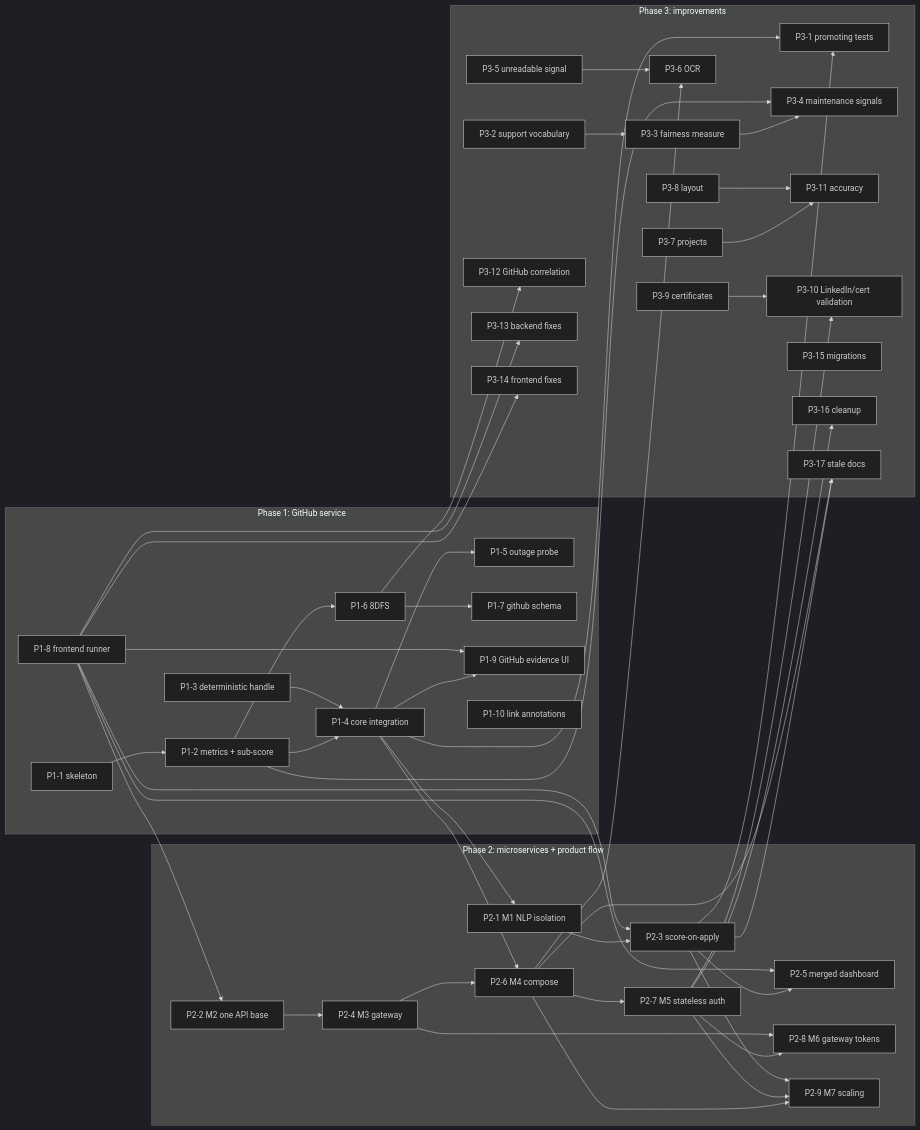
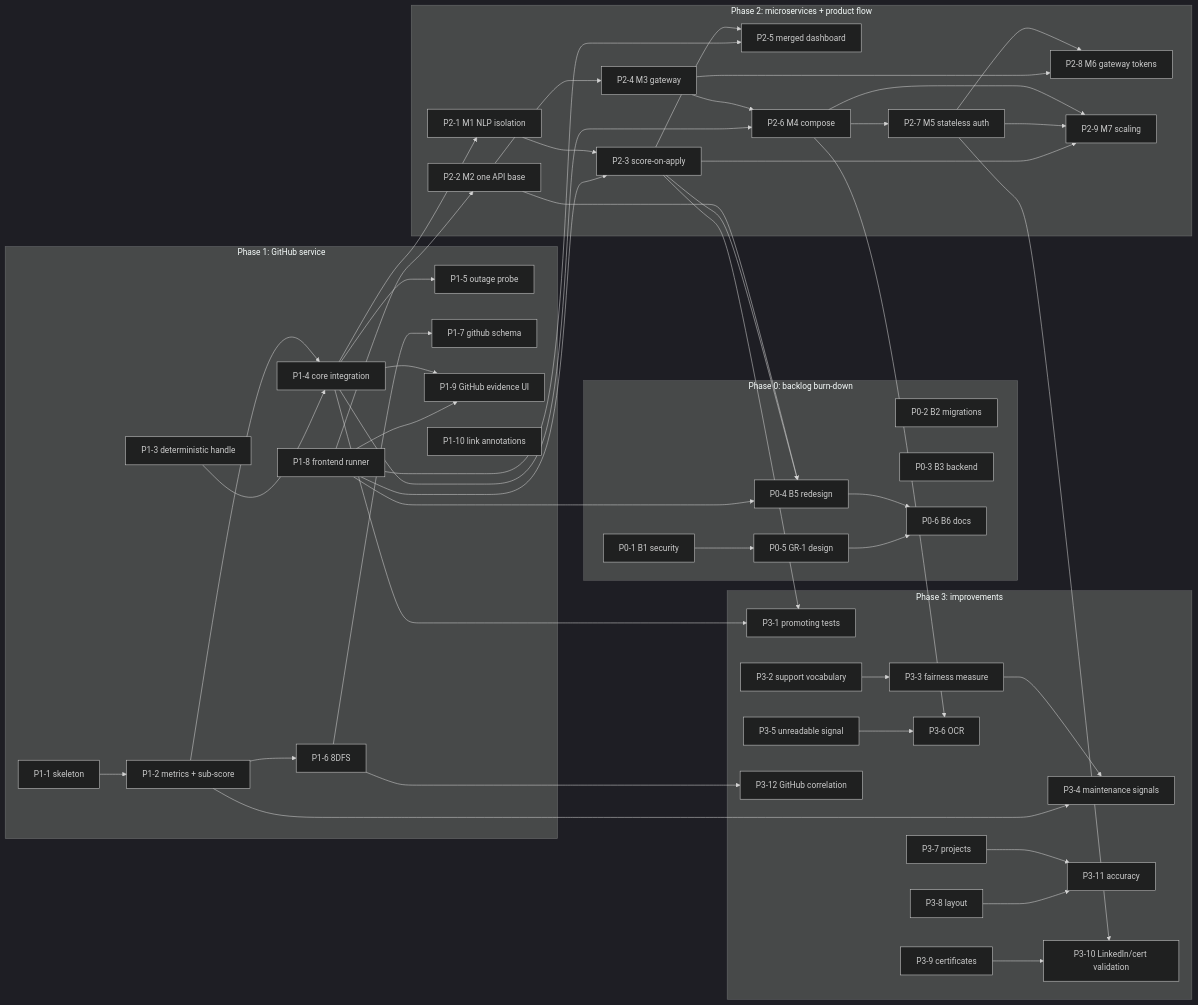
One commit to C72-BTECH-PROJECT/Patina changed the second of 2 diagrams in ROADMAP.md. Above: the diagram before and after it, drawn with Mermaid (dark theme). The commit also changed other lines of this file and 5 other files, not shown here.

First line of the commit message:
Plan Phase 0 backlog and security work

````diff
--- a/ROADMAP.md
+++ b/ROADMAP.md
@@ -386,63 +479,63 @@
 ```mermaid
 flowchart LR
+  subgraph P0 [Phase 0: backlog burn-down]
+    P0_1["P0-1 B1 security"] --> P0_5["P0-5 GR-1 design"]
+    P0_2["P0-2 B2 migrations"]
+    P0_3["P0-3 B3 backend"]
+    P0_4["P0-4 B5 redesign"] --> P0_6["P0-6 B6 docs"]
+    P0_5 --> P0_6
+  end
   subgraph P1 [Phase 1: GitHub service]
     P1_1["P1-1 skeleton"] --> P1_2["P1-2 metrics + sub-score"]
     P1_3["P1-3 deterministic handle"]
     P1_2 --> P1_4["P1-4 core integration"]
     P1_3 --> P1_4
     P1_4 --> P1_5["P1-5 outage probe"]
     P1_2 --> P1_6["P1-6 8DFS"]
     P1_6 --> P1_7["P1-7 github schema"]
     P1_8["P1-8 frontend runner"]
     P1_4 --> P1_9["P1-9 GitHub evidence UI"]
     P1_8 --> P1_9
     P1_10["P1-10 link annotations"]
   end
   subgraph P2 [Phase 2: microservices + product flow]
     P2_1["P2-1 M1 NLP isolation"]
     P2_2["P2-2 M2 one API base"]
     P2_3["P2-3 score-on-apply"]
     P2_4["P2-4 M3 gateway"]
     P2_5["P2-5 merged dashboard"]
     P2_6["P2-6 M4 compose"]
     P2_7["P2-7 M5 stateless auth"]
     P2_8["P2-8 M6 gateway tokens"]
     P2_9["P2-9 M7 scaling"]
     P2_1 --> P2_3 --> P2_5
     P2_2 --> P2_4 --> P2_6 --> P2_7 --> P2_8
     P2_4 --> P2_8
     P2_6 --> P2_9
     P2_7 --> P2_9
     P2_3 --> P2_9
   end
   P1_4 --> P2_1
   P1_8 --> P2_2
   P1_8 --> P2_3
   P1_8 --> P2_5
   P1_4 --> P2_6
   subgraph P3 [Phase 3: improvements]
     P3_1["P3-1 promoting tests"]
     P3_2["P3-2 support vocabulary"] --> P3_3["P3-3 fairness measure"] --> P3_4["P3-4 maintenance signals"]
     P3_5["P3-5 unreadable signal"] --> P3_6["P3-6 OCR"]
     P3_7["P3-7 projects"] --> P3_11["P3-11 accuracy"]
     P3_8["P3-8 layout"] --> P3_11
     P3_9["P3-9 certificates"] --> P3_10["P3-10 LinkedIn/cert validation"]
     P3_12["P3-12 GitHub correlation"]
-    P3_13["P3-13 backend fixes"]
-    P3_14["P3-14 frontend fixes"]
-    P3_15["P3-15 migrations"]
-    P3_16["P3-16 cleanup"]
-    P3_17["P3-17 stale docs"]
   end
   P1_4 --> P3_1
   P2_3 --> P3_1
   P1_2 --> P3_4
   P2_6 --> P3_6
+  P1_8 --> P0_4
+  P2_2 --> P0_4
+  P2_3 --> P0_4
   P2_7 --> P3_10
   P1_6 --> P3_12
-  P1_8 --> P3_13
-  P1_8 --> P3_14
-  P2_7 --> P3_16
-  P2_3 --> P3_17
-  P2_6 --> P3_17
 ```
````
